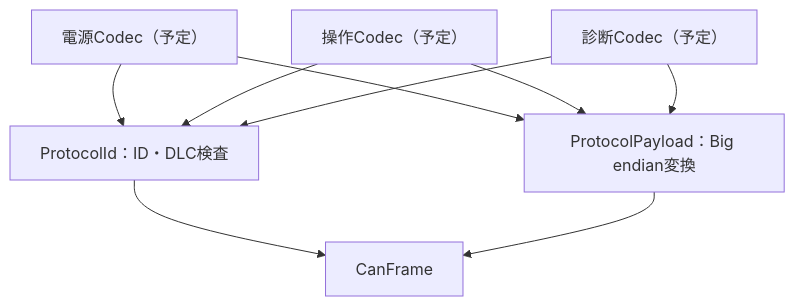
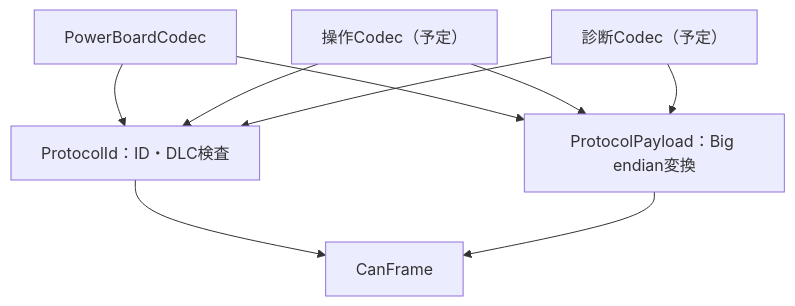
Diagram 23 of 23 in docs/diagrams.md (kou-pen/balancing), drawn with Mermaid before and after one commit. The commit also changed other lines of this file and 11 other files, not shown here.

First line of the commit message:
feat(can2): F303 power board codec (#63)

````diff
--- a/docs/diagrams.md
+++ b/docs/diagrams.md
@@ -510,11 +510,11 @@
 ```mermaid
 flowchart TD
-    P["電源Codec（予定）"] --> I["ProtocolId：ID・DLC検査"]
+    P["PowerBoardCodec"] --> I["ProtocolId：ID・DLC検査"]
     R["操作Codec（予定）"] --> I
     D["診断Codec（予定）"] --> I
     P --> B["ProtocolPayload：Big endian変換"]
     R --> B
     D --> B
     I --> F["CanFrame"]
     B --> F
 ```
````
